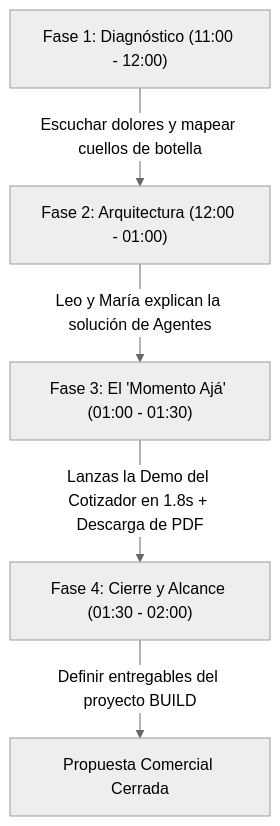
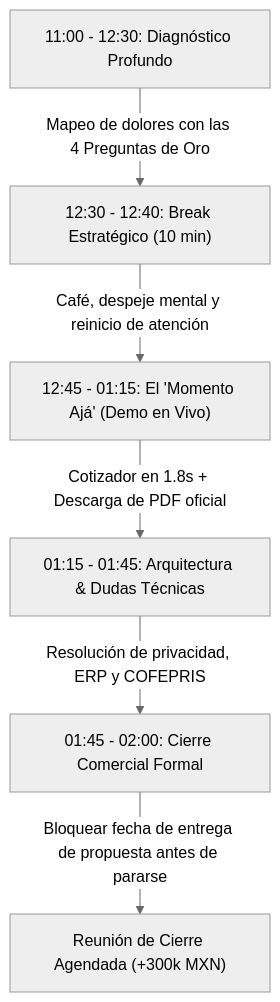
Before and after one commit to jahflavio/bluepixel: the diagram in 01_Onboarding_y_Guias/MASTER_GUIA_DIA_2.md, drawn with Mermaid (neutral theme). The commit also changed other lines of this file and 2 other files, not shown here.

Commit message:
docs: actualizar guias y escaleta con cronograma tactico, frase de apertura y regla 80/20

````diff
--- a/01_Onboarding_y_Guias/MASTER_GUIA_DIA_2.md
+++ b/01_Onboarding_y_Guias/MASTER_GUIA_DIA_2.md
@@ -54,7 +56,8 @@
 ```mermaid
 graph TD
-    A["Fase 1: Diagnóstico (11:00 - 12:00)"] -->|"Escuchar dolores y mapear cuellos de botella"| B["Fase 2: Arquitectura (12:00 - 01:00)"]
-    B -->|"Leo y María explican la solución de Agentes"| C["Fase 3: El 'Momento Ajá' (01:00 - 01:30)"]
-    C -->|"Lanzas la Demo del Cotizador en 1.8s + Descarga de PDF"| D["Fase 4: Cierre y Alcance (01:30 - 02:00)"]
-    D -->|"Definir entregables del proyecto BUILD"| E["Propuesta Comercial Cerrada"]
+    A["11:00 - 12:30: Diagnóstico Profundo"] -->|"Mapeo de dolores con las 4 Preguntas de Oro"| B["12:30 - 12:40: Break Estratégico (10 min)"]
+    B -->|"Café, despeje mental y reinicio de atención"| C["12:45 - 01:15: El 'Momento Ajá' (Demo en Vivo)"]
+    C -->|"Cotizador en 1.8s + Descarga de PDF oficial"| D["01:15 - 01:45: Arquitectura & Dudas Técnicas"]
+    D -->|"Resolución de privacidad, ERP y COFEPRIS"| E["01:45 - 02:00: Cierre Comercial Formal"]
+    E -->|"Bloquear fecha de entrega de propuesta antes de pararse"| F["Reunión de Cierre Agendada (+300k MXN)"]
 ```
````
